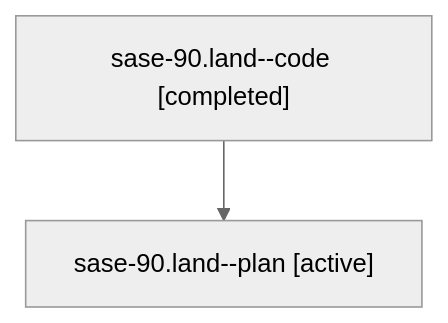
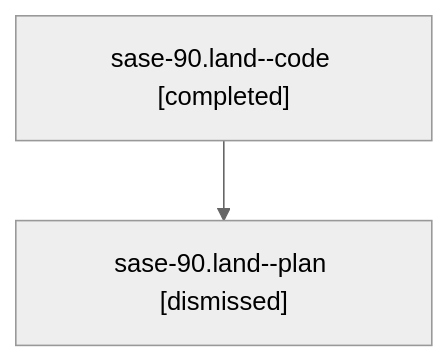
One commit to sase-org/sase--agents changed the diagram in sessions/bbugyi200.athena.sase-90.land.md. Above: the diagram before and after it, drawn with Mermaid (neutral theme). The commit also changed other lines of this file and 83 other files, not shown here.

````diff
--- a/sessions/bbugyi200.athena.sase-90.land.md
+++ b/sessions/bbugyi200.athena.sase-90.land.md
@@ -9,6 +9,6 @@
 ```mermaid
 flowchart TD
   n0["sase-90.land--code [completed]"]
-  n1["sase-90.land--plan [active]"]
+  n1["sase-90.land--plan [dismissed]"]
   n0 --> n1
 ```
````
